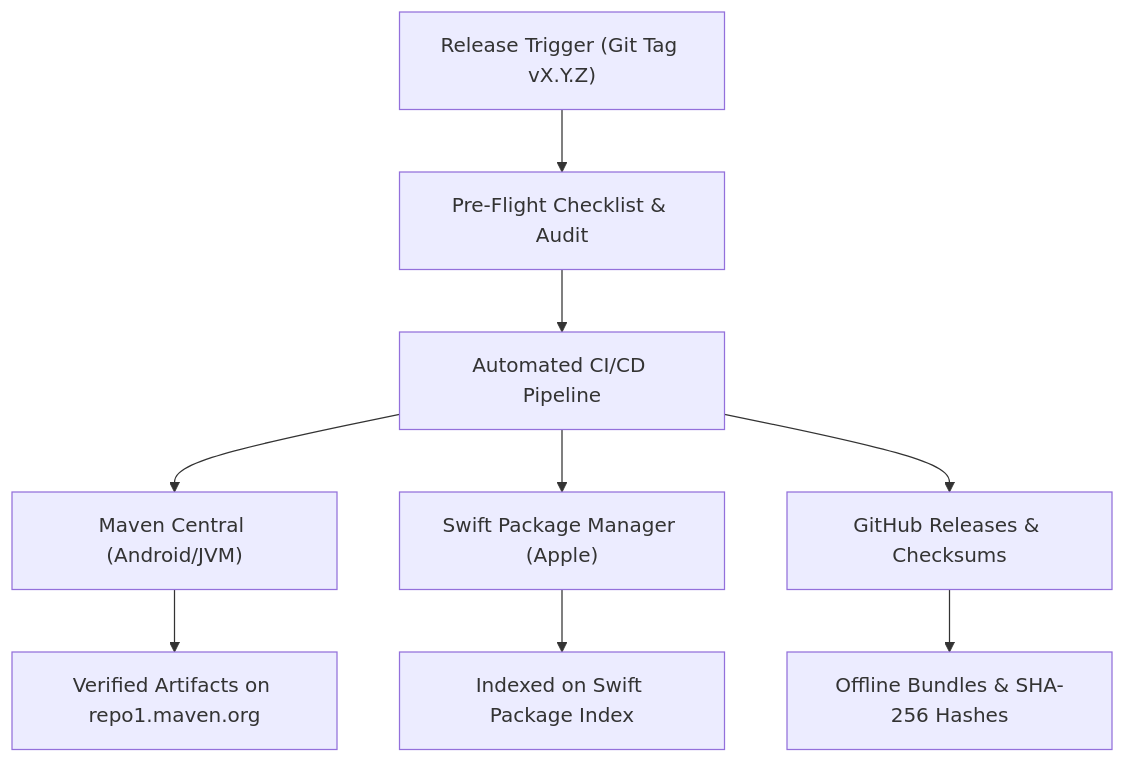
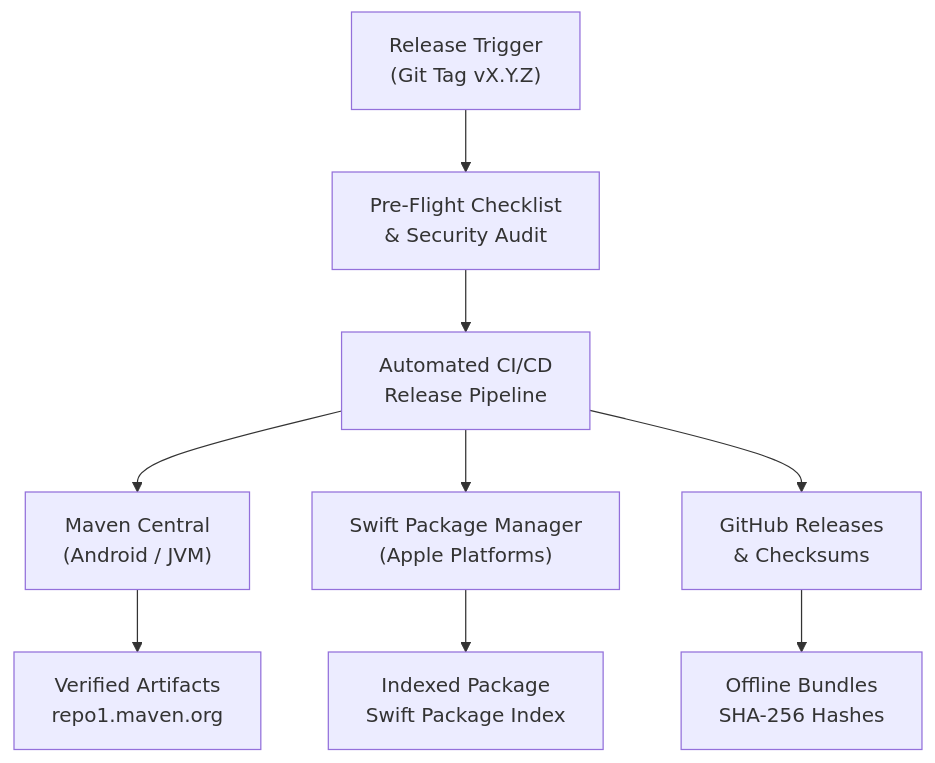
One commit to untacorp/airdb changed the diagram in docs/community/publishing.md. Above: the diagram before and after it, drawn with Mermaid. The commit also changed 6 other files, not shown here.

Commit message:
docs: optimize mermaid label wrapping and responsive containment css

````diff
--- a/docs/community/publishing.md
+++ b/docs/community/publishing.md
@@ -11,11 +11,11 @@
 ```mermaid
 flowchart TD
-    A["Release Trigger (Git Tag vX.Y.Z)"] --> B["Pre-Flight Checklist & Audit"]
-    B --> C["Automated CI/CD Pipeline"]
-    C --> D["Maven Central (Android/JVM)"]
-    C --> E["Swift Package Manager (Apple)"]
-    C --> F["GitHub Releases & Checksums"]
-    D --> G["Verified Artifacts on repo1.maven.org"]
-    E --> H["Indexed on Swift Package Index"]
-    F --> I["Offline Bundles & SHA-256 Hashes"]
+    A["Release Trigger<br/>(Git Tag vX.Y.Z)"] --> B["Pre-Flight Checklist<br/>& Security Audit"]
+    B --> C["Automated CI/CD<br/>Release Pipeline"]
+    C --> D["Maven Central<br/>(Android / JVM)"]
+    C --> E["Swift Package Manager<br/>(Apple Platforms)"]
+    C --> F["GitHub Releases<br/>& Checksums"]
+    D --> G["Verified Artifacts<br/>repo1.maven.org"]
+    E --> H["Indexed Package<br/>Swift Package Index"]
+    F --> I["Offline Bundles<br/>SHA-256 Hashes"]
 ```
````
